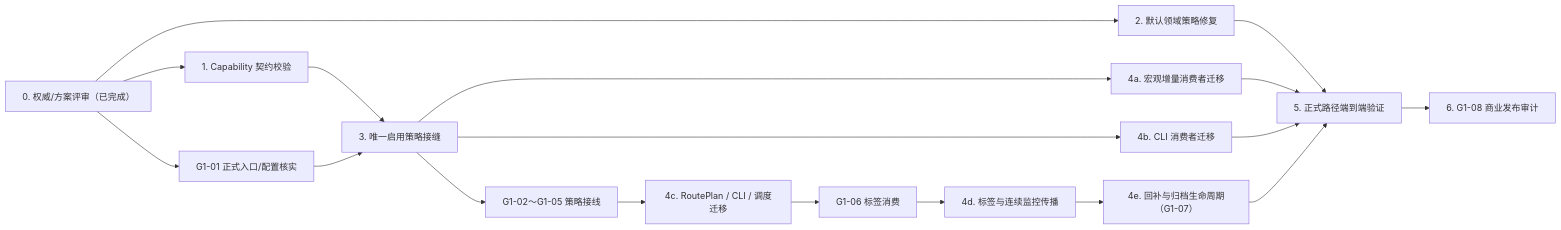
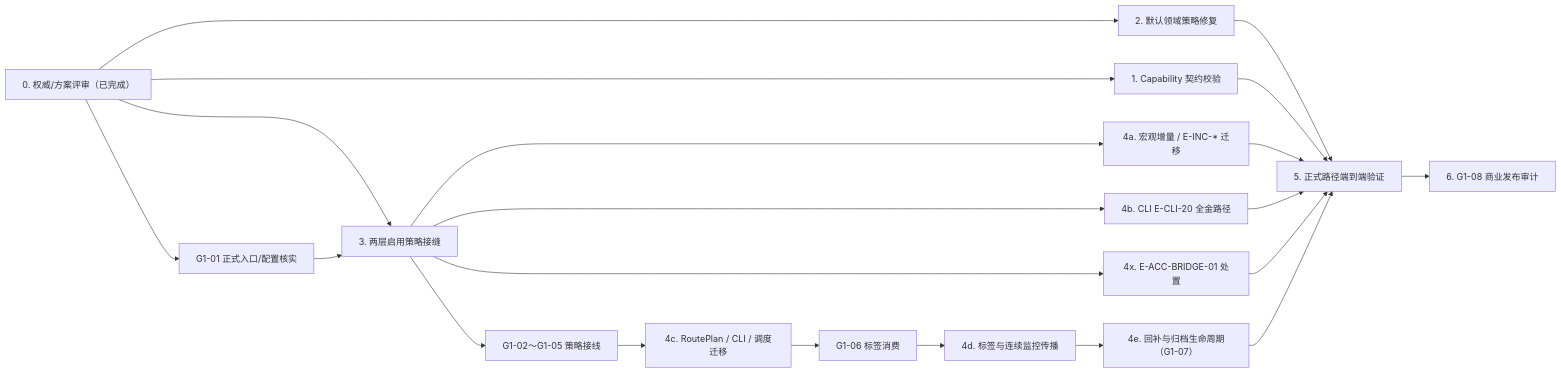
One commit to 0Guang0/quant-monitor-desk changed the diagram in task/task-01-source-registry/task_plan.md. Above: the diagram before and after it, drawn with Mermaid. The commit also changed other lines of this file and 9 other files, not shown here.

````diff
--- a/task/task-01-source-registry/task_plan.md
+++ b/task/task-01-source-registry/task_plan.md
@@ -174,20 +191,23 @@
 ```mermaid
 flowchart LR
   G0["0. 权威/方案评审（已完成）"] --> W1["1. Capability 契约校验"]
   G0 --> W2["2. 默认领域策略修复"]
   G0 --> G1_01["G1-01 正式入口/配置核实"]
-  W1 --> W3["3. 唯一启用策略接缝"]
+  G0 --> W3["3. 两层启用策略接缝"]
   W2 --> W5["5. 正式路径端到端验证"]
   G1_01 --> W3
-  W3 --> W4A["4a. 宏观增量消费者迁移"]
-  W3 --> W4B["4b. CLI 消费者迁移"]
+  W1 --> W5
+  W3 --> W4A["4a. 宏观增量 / E-INC-* 迁移"]
+  W3 --> W4B["4b. CLI E-CLI-20 全金路径"]
+  W3 --> W4X["4x. E-ACC-BRIDGE-01 处置"]
   W3 --> G1A["G1-02～G1-05 策略接线"]
+  W4A --> W5
+  W4B --> W5
+  W4X --> W5
   G1A --> W4C["4c. RoutePlan / CLI / 调度迁移"]
   W4C --> G1B["G1-06 标签消费"]
   G1B --> W4D["4d. 标签与连续监控传播"]
   W4D --> W4E["4e. 回补与归档生命周期（G1-07）"]
-  W4A --> W5
-  W4B --> W5
   W4E --> W5
   W5 --> W6["6. G1-08 商业发布审计"]
 ```
````
